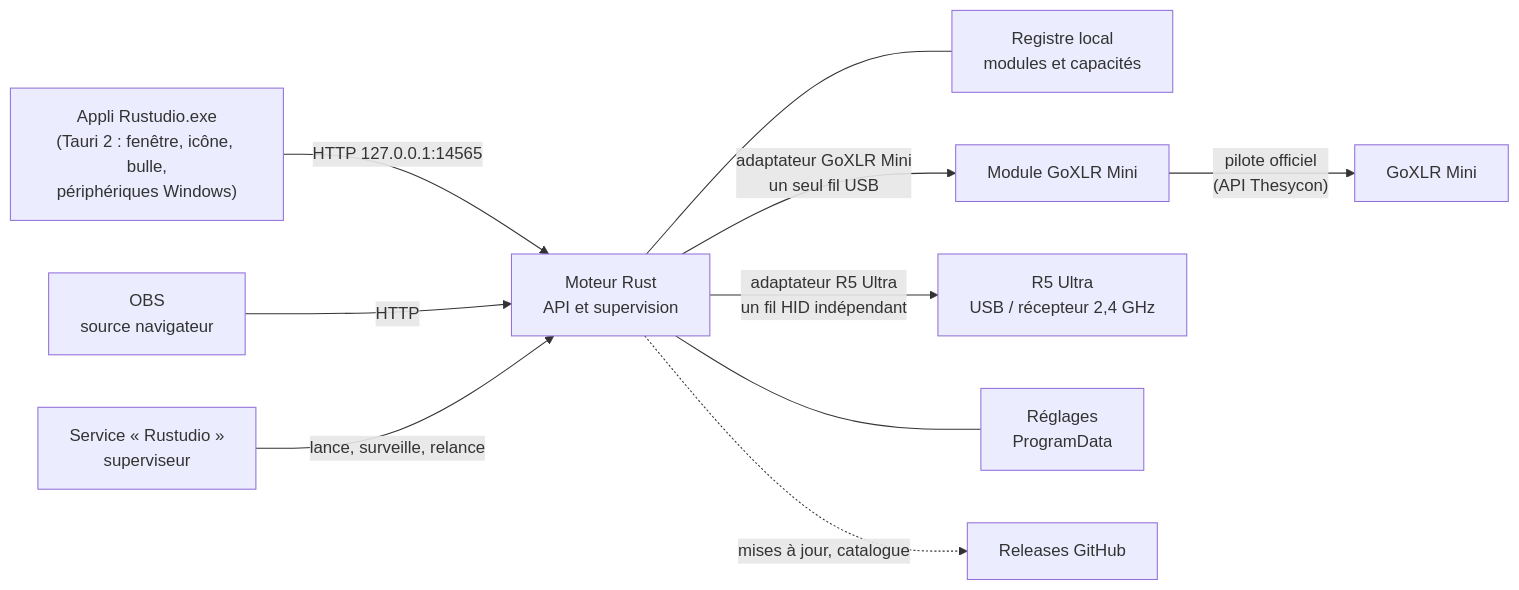
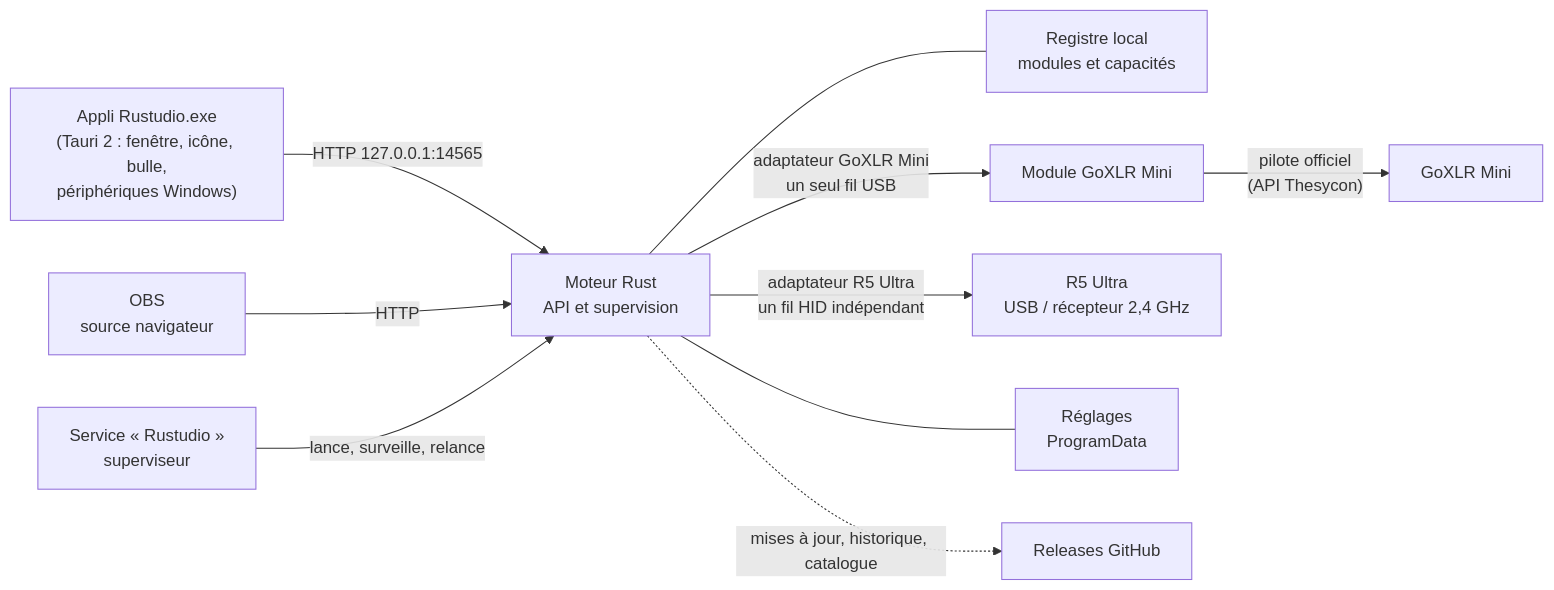
One commit to samirmedani/rustudio changed the diagram in README.md. Above: the diagram before and after it, drawn with Mermaid. The commit also changed other lines of this file and 50 other files, not shown here.

````diff
--- a/README.md
+++ b/README.md
@@ -178,12 +285,12 @@
 ```mermaid
 flowchart LR
   A["Appli Rustudio.exe<br/>(Tauri 2 : fenêtre, icône, bulle,<br/>périphériques Windows)"] -- "HTTP 127.0.0.1:14565" --> C
   O["OBS<br/>source navigateur"] -- HTTP --> C
   S["Service « Rustudio »<br/>superviseur"] -- "lance, surveille, relance" --> C["Moteur Rust<br/>API et supervision"]
   C --- R["Registre local<br/>modules et capacités"]
   C -- "adaptateur GoXLR Mini<br/>un seul fil USB" --> M["Module GoXLR Mini"]
   M -- "pilote officiel<br/>(API Thesycon)" --> D["GoXLR Mini"]
   C -- "adaptateur R5 Ultra<br/>un fil HID indépendant" --> H["R5 Ultra<br/>USB / récepteur 2,4 GHz"]
   C --- E["Réglages<br/>ProgramData"]
-  C -. "mises à jour, catalogue" .-> G["Releases GitHub"]
+  C -. "mises à jour, historique, catalogue" .-> G["Releases GitHub"]
 ```
````
